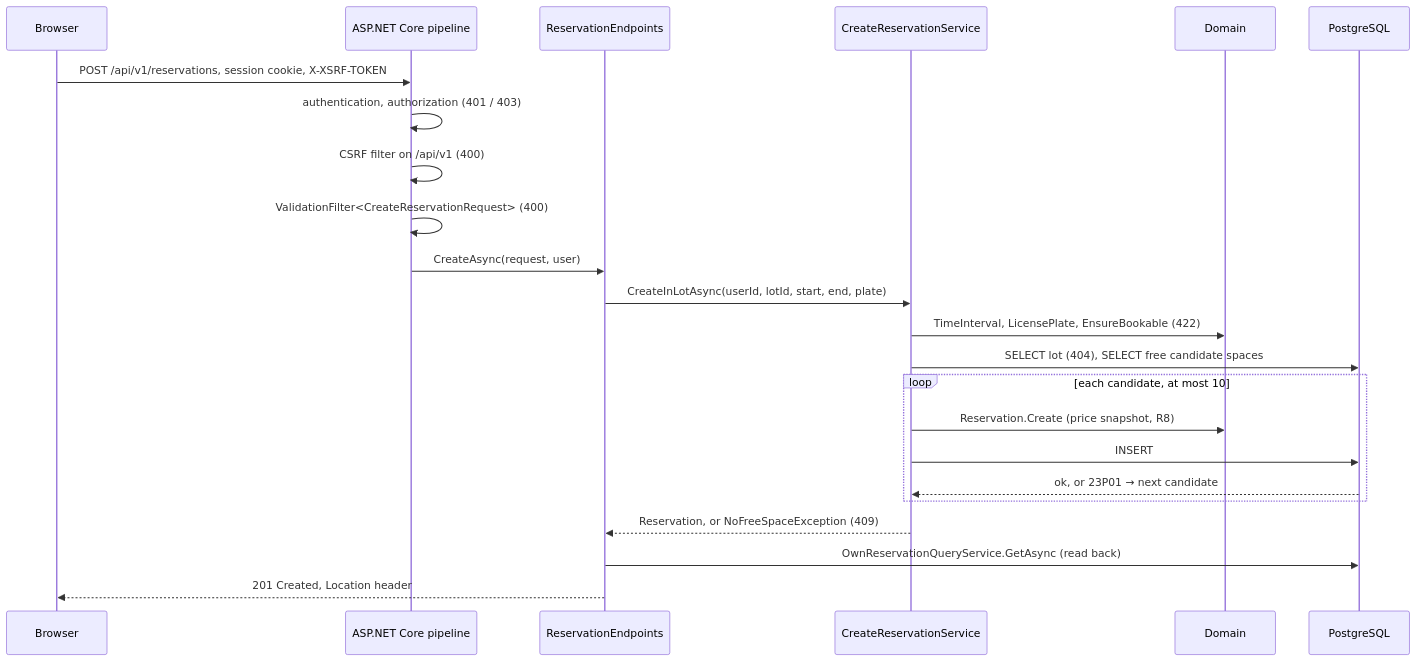
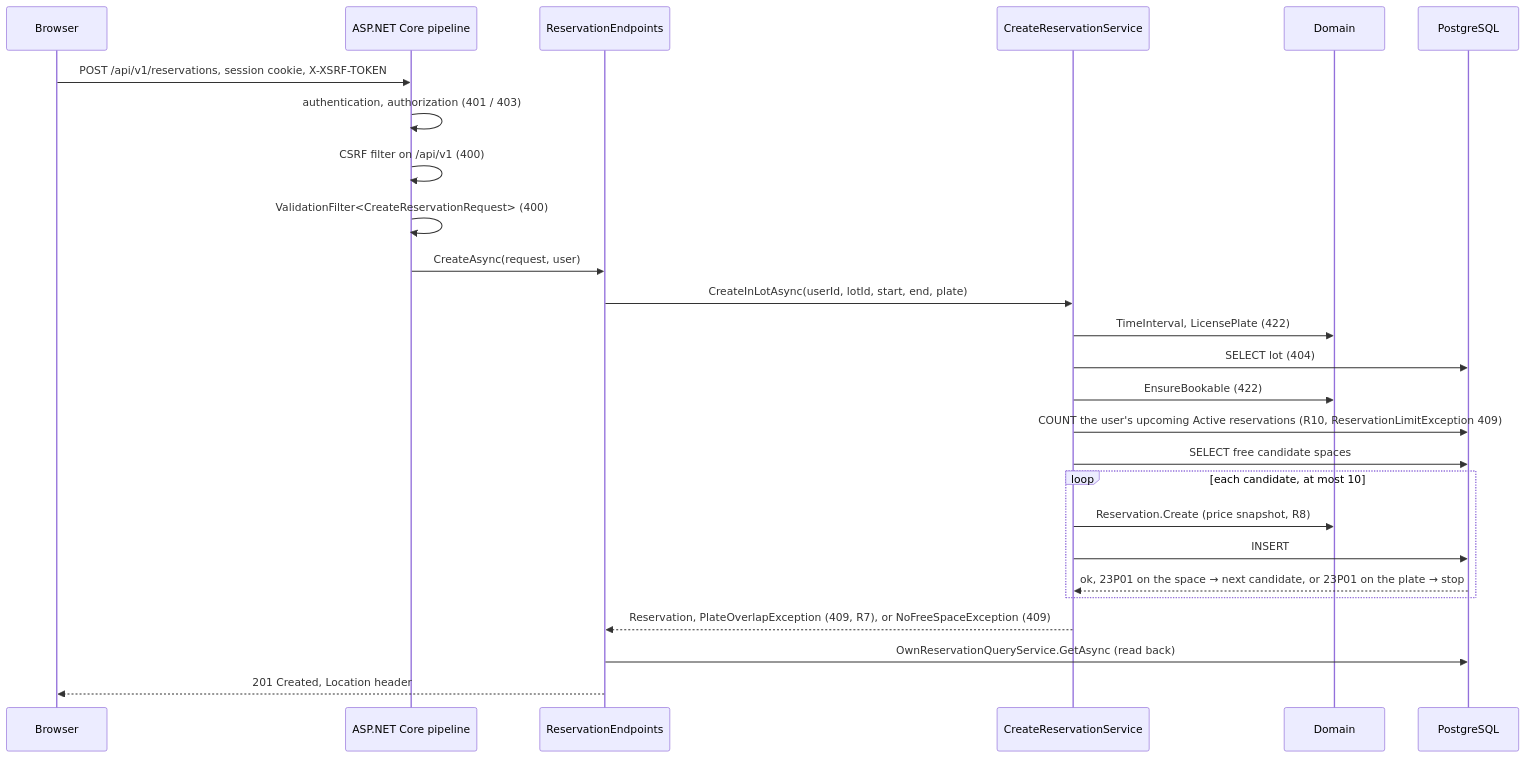
Before and after one commit to lalana32/citypark: the second of 2 diagrams in docs/architecture.md, drawn with Mermaid. The commit also changed other lines of this file and 1 other file, not shown here.

Commit message:
docs(testing): add scenario F and the R10 and plate steps to the lot sequence (CP-055)

````diff
--- a/docs/architecture.md
+++ b/docs/architecture.md
@@ -63,25 +63,28 @@
 ```mermaid
 sequenceDiagram
     participant B as Browser
     participant P as ASP.NET Core pipeline
     participant E as ReservationEndpoints
     participant S as CreateReservationService
     participant D as Domain
     participant DB as PostgreSQL
     B->>P: POST /api/v1/reservations, session cookie, X-XSRF-TOKEN
     P->>P: authentication, authorization (401 / 403)
     P->>P: CSRF filter on /api/v1 (400)
     P->>P: ValidationFilter<CreateReservationRequest> (400)
     P->>E: CreateAsync(request, user)
     E->>S: CreateInLotAsync(userId, lotId, start, end, plate)
-    S->>D: TimeInterval, LicensePlate, EnsureBookable (422)
-    S->>DB: SELECT lot (404), SELECT free candidate spaces
+    S->>D: TimeInterval, LicensePlate (422)
+    S->>DB: SELECT lot (404)
+    S->>D: EnsureBookable (422)
+    S->>DB: COUNT the user's upcoming Active reservations (R10, ReservationLimitException 409)
+    S->>DB: SELECT free candidate spaces
     loop each candidate, at most 10
         S->>D: Reservation.Create (price snapshot, R8)
         S->>DB: INSERT
-        DB-->>S: ok, or 23P01 → next candidate
+        DB-->>S: ok, 23P01 on the space → next candidate, or 23P01 on the plate → stop
     end
-    S-->>E: Reservation, or NoFreeSpaceException (409)
+    S-->>E: Reservation, PlateOverlapException (409, R7), or NoFreeSpaceException (409)
     E->>DB: OwnReservationQueryService.GetAsync (read back)
     E-->>B: 201 Created, Location header
 ```
````
